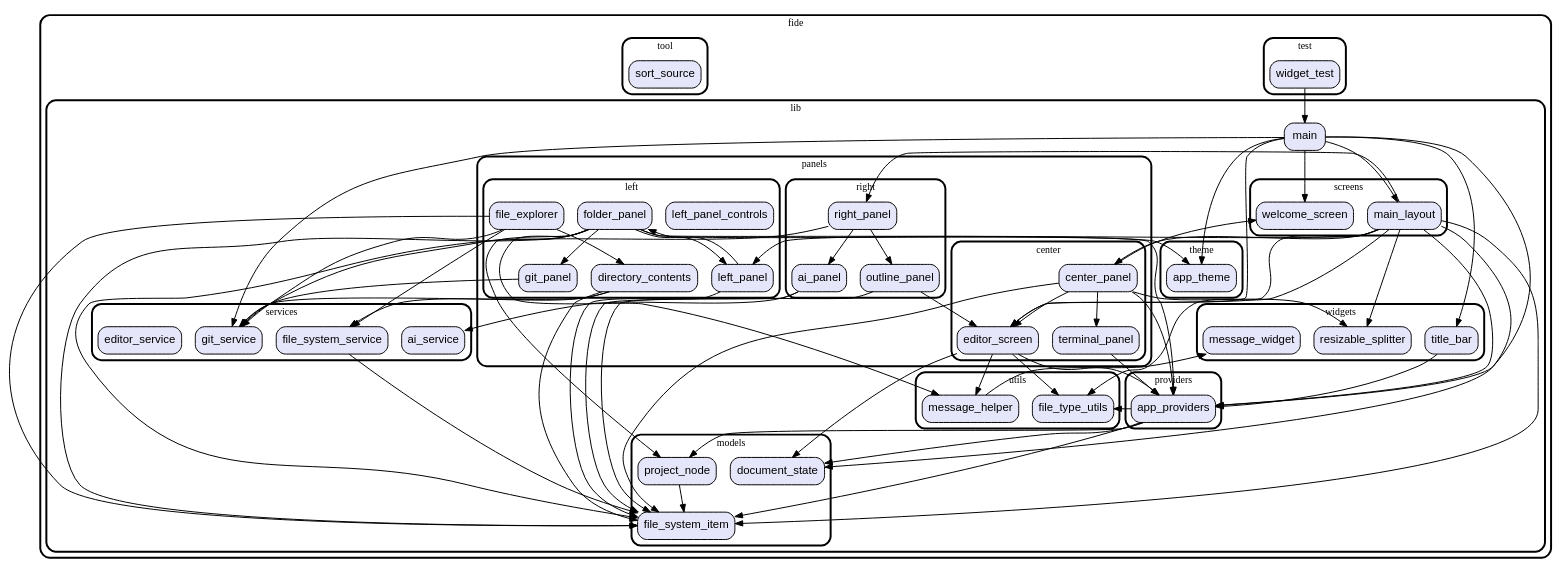
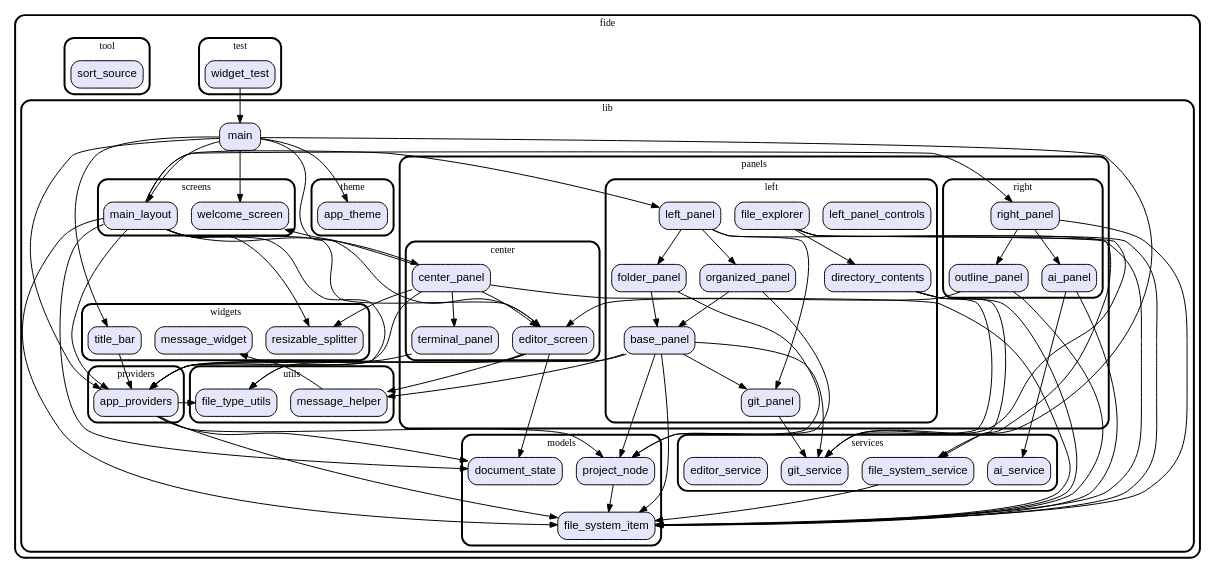
The diagram in graph.dot (vteam-com/FIDE), drawn with Graphviz before and after one commit. The commit also changed 5 other files, not shown here.

```diff
--- a/graph.dot
+++ b/graph.dot
@@ -1,173 +1,181 @@
 digraph "" {
   graph [style=rounded fontname="Arial Black" fontsize=13 penwidth=2.6];
   node [shape=rect style="filled,rounded" fontname=Arial fontsize=15 fillcolor=Lavender penwidth=1.3];
   edge [penwidth=1.3];
   "/test/widget_test.dart" [label="widget_test"];
   "/lib/providers/app_providers.dart" [label="app_providers"];
   "/lib/panels/right/outline_panel.dart" [label="outline_panel"];
   "/lib/panels/right/ai_panel.dart" [label="ai_panel"];
   "/lib/panels/right/right_panel.dart" [label="right_panel"];
   "/lib/panels/center/editor_screen.dart" [label="editor_screen"];
   "/lib/panels/center/terminal_panel.dart" [label="terminal_panel"];
   "/lib/panels/center/center_panel.dart" [label="center_panel"];
   "/lib/panels/left/git_panel.dart" [label="git_panel"];
   "/lib/panels/left/left_panel_controls.dart" [label="left_panel_controls"];
+  "/lib/panels/left/base_panel.dart" [label="base_panel"];
   "/lib/panels/left/directory_contents.dart" [label="directory_contents"];
   "/lib/panels/left/folder_panel.dart" [label="folder_panel"];
   "/lib/panels/left/file_explorer.dart" [label="file_explorer"];
   "/lib/panels/left/left_panel.dart" [label="left_panel"];
+  "/lib/panels/left/organized_panel.dart" [label="organized_panel"];
   "/lib/utils/message_helper.dart" [label="message_helper"];
   "/lib/utils/file_type_utils.dart" [label="file_type_utils"];
   "/lib/models/project_node.dart" [label="project_node"];
   "/lib/models/document_state.dart" [label="document_state"];
   "/lib/models/file_system_item.dart" [label="file_system_item"];
   "/lib/screens/main_layout.dart" [label="main_layout"];
   "/lib/screens/welcome_screen.dart" [label="welcome_screen"];
   "/lib/main.dart" [label="main"];
   "/lib/theme/app_theme.dart" [label="app_theme"];
   "/lib/services/git_service.dart" [label="git_service"];
   "/lib/services/ai_service.dart" [label="ai_service"];
   "/lib/services/file_system_service.dart" [label="file_system_service"];
   "/lib/services/editor_service.dart" [label="editor_service"];
   "/lib/widgets/resizable_splitter.dart" [label="resizable_splitter"];
   "/lib/widgets/title_bar.dart" [label="title_bar"];
   "/lib/widgets/message_widget.dart" [label="message_widget"];
   "/tool/sort_source.dart" [label="sort_source"];
   subgraph "cluster~" {
     label="fide";
     subgraph "cluster~/test" {
       label="test";
       "/test/widget_test.dart";
     }
     subgraph "cluster~/lib" {
       label="lib";
       "/lib/main.dart";
       subgraph "cluster~/lib/providers" {
         label="providers";
         "/lib/providers/app_providers.dart";
       }
       subgraph "cluster~/lib/panels" {
         label="panels";
         subgraph "cluster~/lib/panels/right" {
           label="right";
           "/lib/panels/right/outline_panel.dart";
           "/lib/panels/right/ai_panel.dart";
           "/lib/panels/right/right_panel.dart";
         }
         subgraph "cluster~/lib/panels/center" {
           label="center";
           "/lib/panels/center/editor_screen.dart";
           "/lib/panels/center/terminal_panel.dart";
           "/lib/panels/center/center_panel.dart";
         }
         subgraph "cluster~/lib/panels/left" {
           label="left";
           "/lib/panels/left/git_panel.dart";
           "/lib/panels/left/left_panel_controls.dart";
+          "/lib/panels/left/base_panel.dart";
           "/lib/panels/left/directory_contents.dart";
           "/lib/panels/left/folder_panel.dart";
           "/lib/panels/left/file_explorer.dart";
           "/lib/panels/left/left_panel.dart";
+          "/lib/panels/left/organized_panel.dart";
         }
       }
       subgraph "cluster~/lib/utils" {
         label="utils";
         "/lib/utils/message_helper.dart";
         "/lib/utils/file_type_utils.dart";
       }
       subgraph "cluster~/lib/models" {
         label="models";
         "/lib/models/project_node.dart";
         "/lib/models/document_state.dart";
         "/lib/models/file_system_item.dart";
       }
       subgraph "cluster~/lib/screens" {
         label="screens";
         "/lib/screens/main_layout.dart";
         "/lib/screens/welcome_screen.dart";
       }
       subgraph "cluster~/lib/theme" {
         label="theme";
         "/lib/theme/app_theme.dart";
       }
       subgraph "cluster~/lib/services" {
         label="services";
         "/lib/services/git_service.dart";
         "/lib/services/ai_service.dart";
         "/lib/services/file_system_service.dart";
         "/lib/services/editor_service.dart";
       }
       subgraph "cluster~/lib/widgets" {
         label="widgets";
         "/lib/widgets/resizable_splitter.dart";
         "/lib/widgets/title_bar.dart";
         "/lib/widgets/message_widget.dart";
       }
     }
     subgraph "cluster~/tool" {
       label="tool";
       "/tool/sort_source.dart";
     }
   }
   "/test/widget_test.dart" -> "/lib/main.dart";
   "/lib/providers/app_providers.dart" -> "/lib/models/file_system_item.dart";
   "/lib/providers/app_providers.dart" -> "/lib/models/project_node.dart";
   "/lib/providers/app_providers.dart" -> "/lib/models/document_state.dart";
   "/lib/providers/app_providers.dart" -> "/lib/utils/file_type_utils.dart";
   "/lib/panels/right/outline_panel.dart" -> "/lib/models/file_system_item.dart";
   "/lib/panels/right/outline_panel.dart" -> "/lib/panels/center/editor_screen.dart";
   "/lib/panels/right/ai_panel.dart" -> "/lib/services/ai_service.dart";
   "/lib/panels/right/ai_panel.dart" -> "/lib/models/file_system_item.dart";
   "/lib/panels/right/right_panel.dart" -> "/lib/panels/right/outline_panel.dart";
   "/lib/panels/right/right_panel.dart" -> "/lib/panels/right/ai_panel.dart";
   "/lib/panels/right/right_panel.dart" -> "/lib/models/file_system_item.dart";
   "/lib/panels/center/editor_screen.dart" -> "/lib/providers/app_providers.dart";
   "/lib/panels/center/editor_screen.dart" -> "/lib/utils/message_helper.dart";
   "/lib/panels/center/editor_screen.dart" -> "/lib/utils/file_type_utils.dart";
   "/lib/panels/center/editor_screen.dart" -> "/lib/models/document_state.dart";
   "/lib/panels/center/terminal_panel.dart" -> "/lib/providers/app_providers.dart";
   "/lib/panels/center/center_panel.dart" -> "/lib/providers/app_providers.dart";
   "/lib/panels/center/center_panel.dart" -> "/lib/screens/welcome_screen.dart";
   "/lib/panels/center/center_panel.dart" -> "/lib/panels/center/editor_screen.dart";
   "/lib/panels/center/center_panel.dart" -> "/lib/panels/center/terminal_panel.dart";
   "/lib/panels/center/center_panel.dart" -> "/lib/widgets/resizable_splitter.dart";
   "/lib/panels/center/center_panel.dart" -> "/lib/models/file_system_item.dart";
   "/lib/panels/left/git_panel.dart" -> "/lib/services/git_service.dart";
+  "/lib/panels/left/base_panel.dart" -> "/lib/models/project_node.dart";
+  "/lib/panels/left/base_panel.dart" -> "/lib/models/file_system_item.dart";
+  "/lib/panels/left/base_panel.dart" -> "/lib/services/git_service.dart";
+  "/lib/panels/left/base_panel.dart" -> "/lib/utils/message_helper.dart";
+  "/lib/panels/left/base_panel.dart" -> "/lib/panels/left/git_panel.dart";
+  "/lib/panels/left/base_panel.dart" -> "/lib/providers/app_providers.dart";
   "/lib/panels/left/directory_contents.dart" -> "/lib/services/file_system_service.dart";
   "/lib/panels/left/directory_contents.dart" -> "/lib/services/git_service.dart";
   "/lib/panels/left/directory_contents.dart" -> "/lib/models/file_system_item.dart";
   "/lib/panels/left/folder_panel.dart" -> "/lib/models/project_node.dart";
-  "/lib/panels/left/folder_panel.dart" -> "/lib/models/file_system_item.dart";
-  "/lib/panels/left/folder_panel.dart" -> "/lib/services/git_service.dart";
-  "/lib/panels/left/folder_panel.dart" -> "/lib/utils/message_helper.dart";
-  "/lib/panels/left/folder_panel.dart" -> "/lib/panels/left/git_panel.dart";
-  "/lib/panels/left/folder_panel.dart" -> "/lib/theme/app_theme.dart";
-  "/lib/panels/left/folder_panel.dart" -> "/lib/panels/left/left_panel.dart";
-  "/lib/panels/left/folder_panel.dart" -> "/lib/providers/app_providers.dart";
+  "/lib/panels/left/folder_panel.dart" -> "/lib/panels/left/base_panel.dart";
   "/lib/panels/left/file_explorer.dart" -> "/lib/services/file_system_service.dart";
   "/lib/panels/left/file_explorer.dart" -> "/lib/services/git_service.dart";
   "/lib/panels/left/file_explorer.dart" -> "/lib/models/file_system_item.dart";
   "/lib/panels/left/file_explorer.dart" -> "/lib/panels/left/directory_contents.dart";
   "/lib/panels/left/left_panel.dart" -> "/lib/panels/left/folder_panel.dart";
+  "/lib/panels/left/left_panel.dart" -> "/lib/panels/left/organized_panel.dart";
+  "/lib/panels/left/left_panel.dart" -> "/lib/panels/left/git_panel.dart";
   "/lib/panels/left/left_panel.dart" -> "/lib/models/file_system_item.dart";
+  "/lib/panels/left/organized_panel.dart" -> "/lib/models/project_node.dart";
+  "/lib/panels/left/organized_panel.dart" -> "/lib/panels/left/base_panel.dart";
   "/lib/utils/message_helper.dart" -> "/lib/widgets/message_widget.dart";
   "/lib/models/project_node.dart" -> "/lib/models/file_system_item.dart";
   "/lib/screens/main_layout.dart" -> "/lib/panels/center/editor_screen.dart";
   "/lib/screens/main_layout.dart" -> "/lib/providers/app_providers.dart";
   "/lib/screens/main_layout.dart" -> "/lib/models/file_system_item.dart";
   "/lib/screens/main_layout.dart" -> "/lib/models/document_state.dart";
   "/lib/screens/main_layout.dart" -> "/lib/utils/file_type_utils.dart";
   "/lib/screens/main_layout.dart" -> "/lib/widgets/resizable_splitter.dart";
   "/lib/screens/main_layout.dart" -> "/lib/panels/left/left_panel.dart";
   "/lib/screens/main_layout.dart" -> "/lib/panels/center/center_panel.dart";
   "/lib/screens/main_layout.dart" -> "/lib/panels/right/right_panel.dart";
   "/lib/main.dart" -> "/lib/providers/app_providers.dart";
   "/lib/main.dart" -> "/lib/screens/main_layout.dart";
   "/lib/main.dart" -> "/lib/widgets/title_bar.dart";
   "/lib/main.dart" -> "/lib/panels/center/editor_screen.dart";
   "/lib/main.dart" -> "/lib/screens/welcome_screen.dart";
   "/lib/main.dart" -> "/lib/services/git_service.dart";
   "/lib/main.dart" -> "/lib/theme/app_theme.dart";
   "/lib/services/file_system_service.dart" -> "/lib/models/file_system_item.dart";
   "/lib/widgets/title_bar.dart" -> "/lib/providers/app_providers.dart";
 }
```
